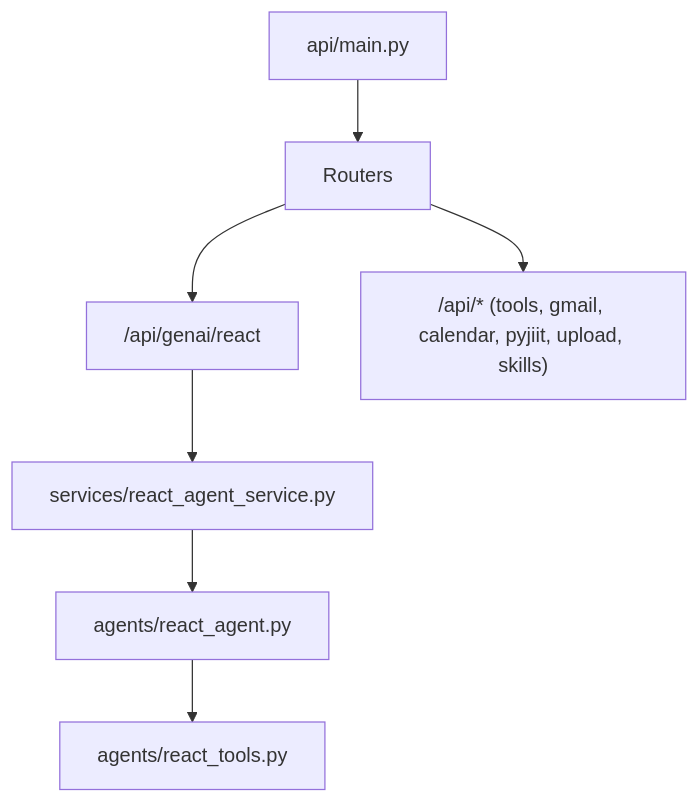
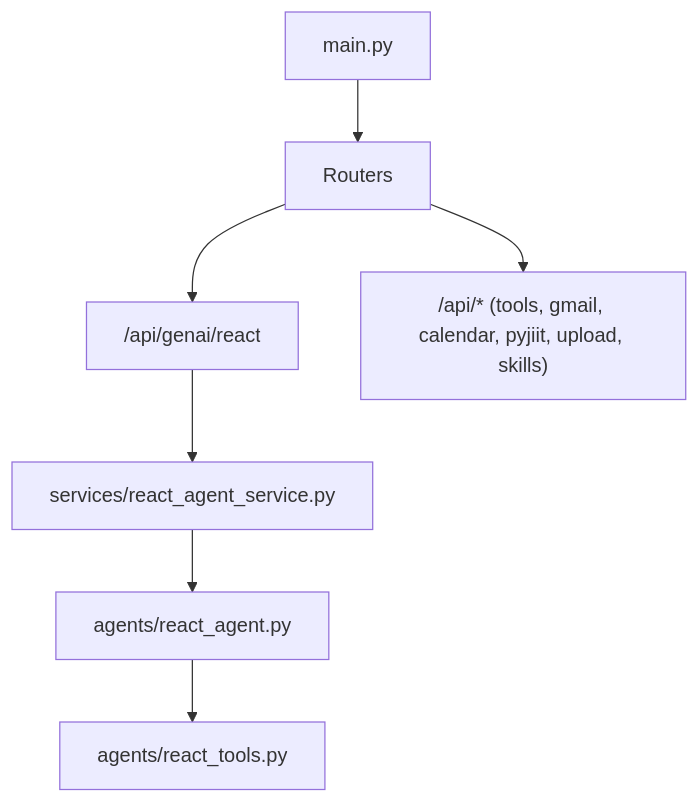
Before and after one commit to tashifkhan/tashif.codes: the eighth of 9 diagrams in src/data/docs/agentic-browser/Browser Extension/Agent Execution Engine.md, drawn with Mermaid. The commit also changed other lines of this file and 2128 other files, not shown here.

First line of the commit message:
docs: replace raster diagram images with native Mermaid across project guides

````diff
--- a/src/data/docs/agentic-browser/Browser Extension/Agent Execution Engine.md
+++ b/src/data/docs/agentic-browser/Browser Extension/Agent Execution Engine.md
@@ -251,9 +243,9 @@
 ```mermaid
 graph TB
-API["api/main.py"] --> Router["Routers"]
+API["main.py"] --> Router["Routers"]
 Router --> React["/api/genai/react"]
 Router --> Tools["/api/* (tools, gmail, calendar, pyjiit, upload, skills)"]
 React --> Svc["services/react_agent_service.py"]
 Svc --> Graph["agents/react_agent.py"]
 Graph --> ToolsList["agents/react_tools.py"]
 ```
````
